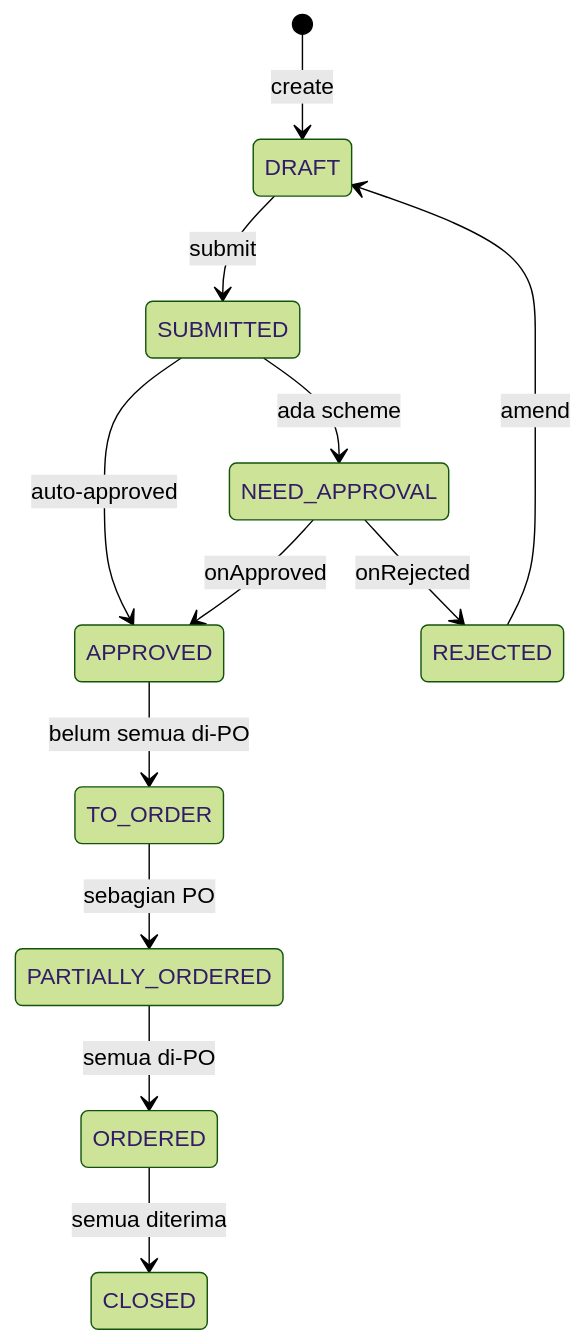
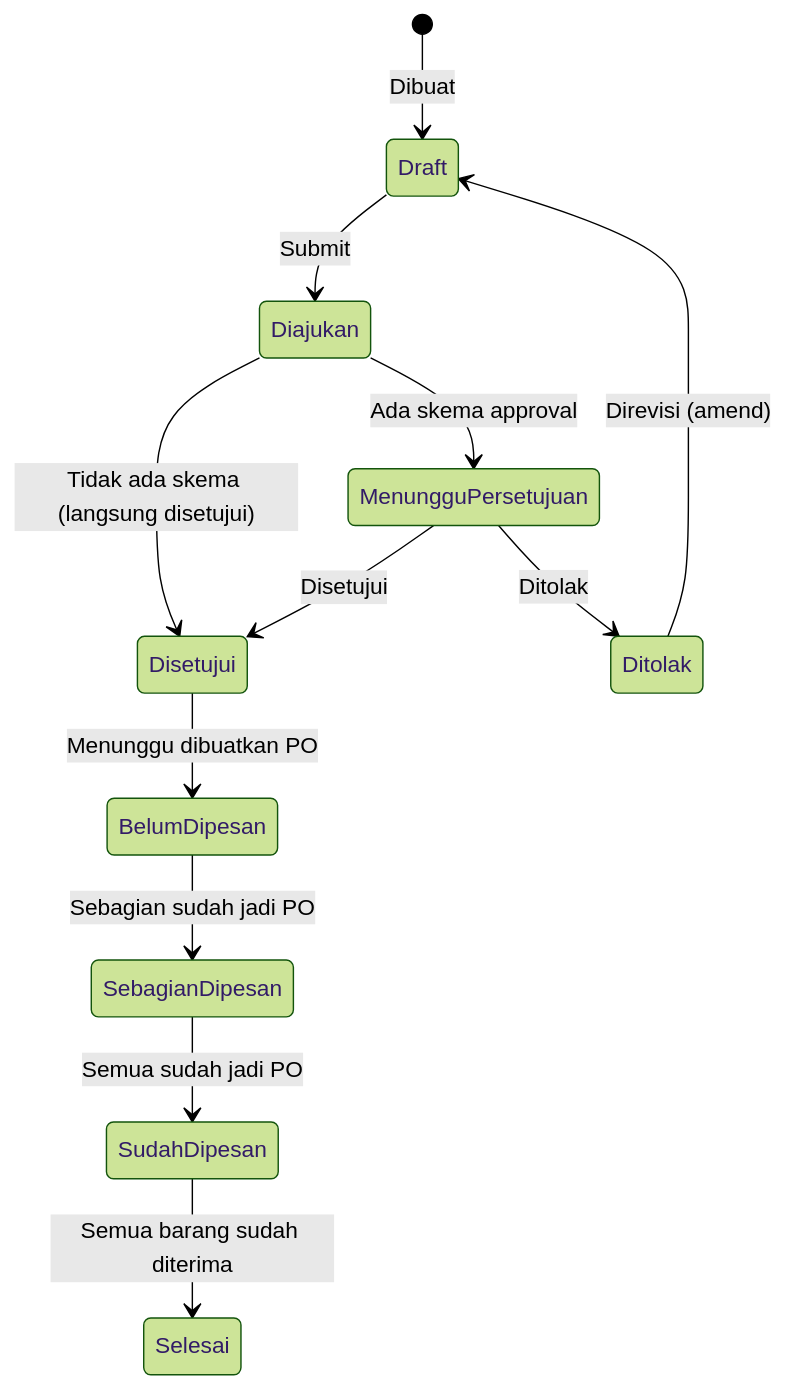
One commit to RimbunCode/erp_pataya changed the second of 7 diagrams in docs/modules/purchase.md. Above: the diagram before and after it, drawn with Mermaid (forest theme). The commit also changed other lines of this file and 14 other files, not shown here.

````diff
--- a/docs/modules/purchase.md
+++ b/docs/modules/purchase.md
@@ -105,14 +103,14 @@
 ```mermaid
 stateDiagram-v2
-    [*] --> DRAFT: create
-    DRAFT --> SUBMITTED: submit
-    SUBMITTED --> NEED_APPROVAL: ada scheme
-    SUBMITTED --> APPROVED: auto-approved
-    NEED_APPROVAL --> APPROVED: onApproved
-    NEED_APPROVAL --> REJECTED: onRejected
-    REJECTED --> DRAFT: amend
-    APPROVED --> TO_ORDER: belum semua di-PO
-    TO_ORDER --> PARTIALLY_ORDERED: sebagian PO
-    PARTIALLY_ORDERED --> ORDERED: semua di-PO
-    ORDERED --> CLOSED: semua diterima
+    [*] --> Draft: Dibuat
+    Draft --> Diajukan: Submit
+    Diajukan --> MenungguPersetujuan: Ada skema approval
+    Diajukan --> Disetujui: Tidak ada skema (langsung disetujui)
+    MenungguPersetujuan --> Disetujui: Disetujui
+    MenungguPersetujuan --> Ditolak: Ditolak
+    Ditolak --> Draft: Direvisi (amend)
+    Disetujui --> BelumDipesan: Menunggu dibuatkan PO
+    BelumDipesan --> SebagianDipesan: Sebagian sudah jadi PO
+    SebagianDipesan --> SudahDipesan: Semua sudah jadi PO
+    SudahDipesan --> Selesai: Semua barang sudah diterima
 ```
````
